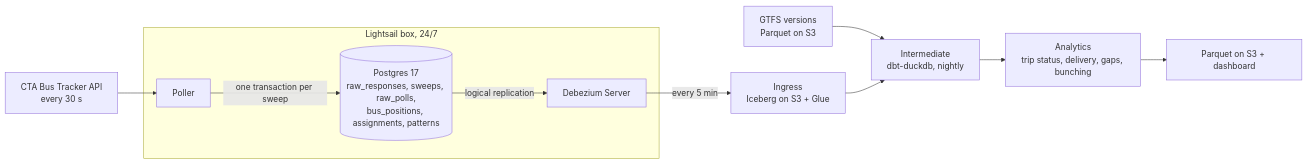
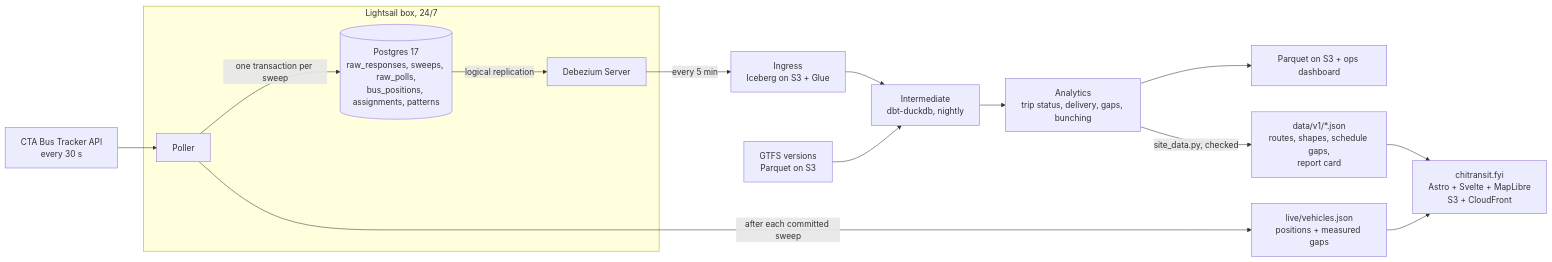
One commit to sohammandal/chitransit changed the diagram in README.md. Above: the diagram before and after it, drawn with Mermaid. The commit also changed other lines of this file and 1 other file, not shown here.

Commit message:
Site tests: the floating-list test types a name (a lone "6" auto-opens #6 and raced on CI); README: architecture shows the site's live and nightly paths

````diff
--- a/README.md
+++ b/README.md
@@ -39,13 +41,17 @@
 ```mermaid
 flowchart LR
     BT[CTA Bus Tracker API<br/>every 30 s] --> P
     subgraph BOX[Lightsail box, 24/7]
         P[Poller] -->|one transaction per sweep| PG[(Postgres 17<br/>raw_responses, sweeps, raw_polls,<br/>bus_positions, assignments, patterns)]
         PG -->|logical replication| CDC[Debezium Server]
     end
     CDC -->|every 5 min| ING[Ingress<br/>Iceberg on S3 + Glue]
     GTFS[GTFS versions<br/>Parquet on S3] --> INT
     ING --> INT[Intermediate<br/>dbt-duckdb, nightly]
     INT --> AN[Analytics<br/>trip status, delivery, gaps, bunching]
-    AN --> OUT[Parquet on S3 + dashboard]
+    AN --> OUT[Parquet on S3 + ops dashboard]
+    P -->|after each committed sweep| LIVE[live/vehicles.json<br/>positions + measured gaps]
+    AN -->|site_data.py, checked| DATA[data/v1/*.json<br/>routes, shapes, schedule gaps,<br/>report card]
+    LIVE --> SITE[chitransit.fyi<br/>Astro + Svelte + MapLibre<br/>S3 + CloudFront]
+    DATA --> SITE
 ```
````
